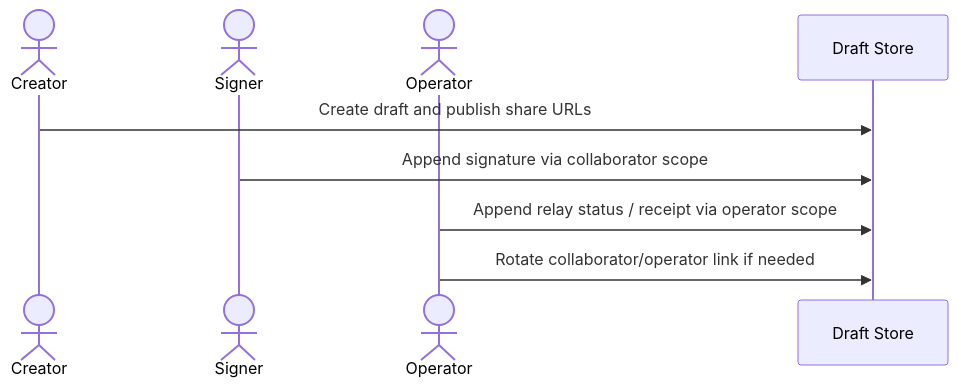
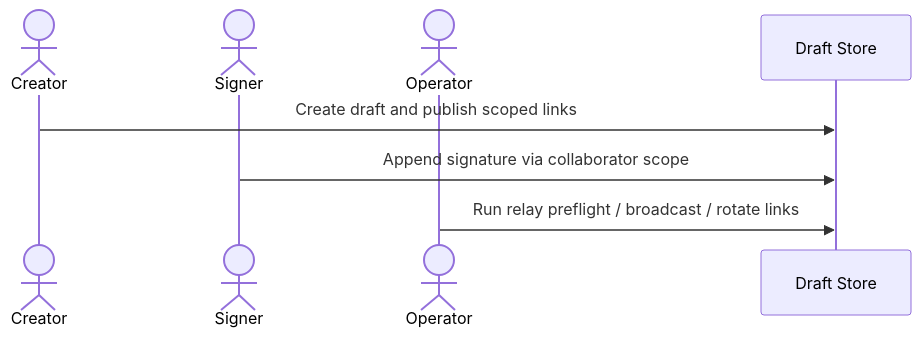
One commit to r3e-network/neo-abstract-account changed the second of 4 diagrams in frontend/src/assets/docs/workflow.md. Above: the diagram before and after it, drawn with Mermaid. The commit also changed other lines of this file and 52 other files, not shown here.

````diff
--- a/frontend/src/assets/docs/workflow.md
+++ b/frontend/src/assets/docs/workflow.md
@@ -61,12 +55,11 @@
 ```mermaid
 sequenceDiagram
     actor Creator
     actor Signer
     actor Operator
     participant Store as Draft Store
 
-    Creator->>Store: Create draft and publish share URLs
+    Creator->>Store: Create draft and publish scoped links
     Signer->>Store: Append signature via collaborator scope
-    Operator->>Store: Append relay status / receipt via operator scope
-    Operator->>Store: Rotate collaborator/operator link if needed
+    Operator->>Store: Run relay preflight / broadcast / rotate links
 ```
````
